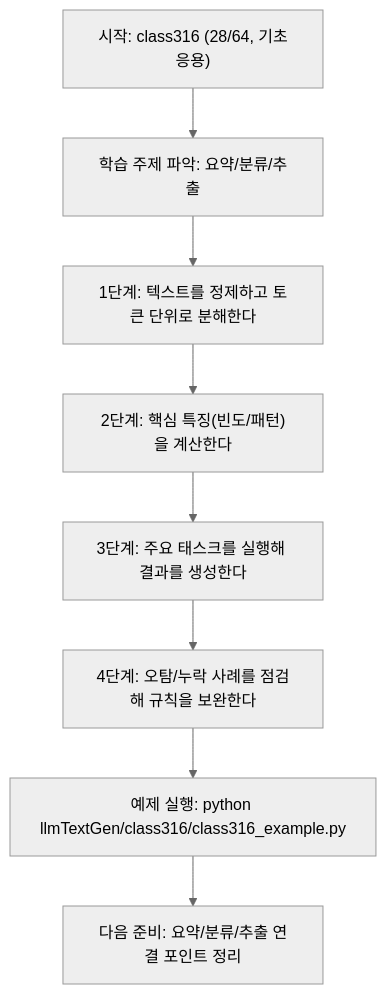
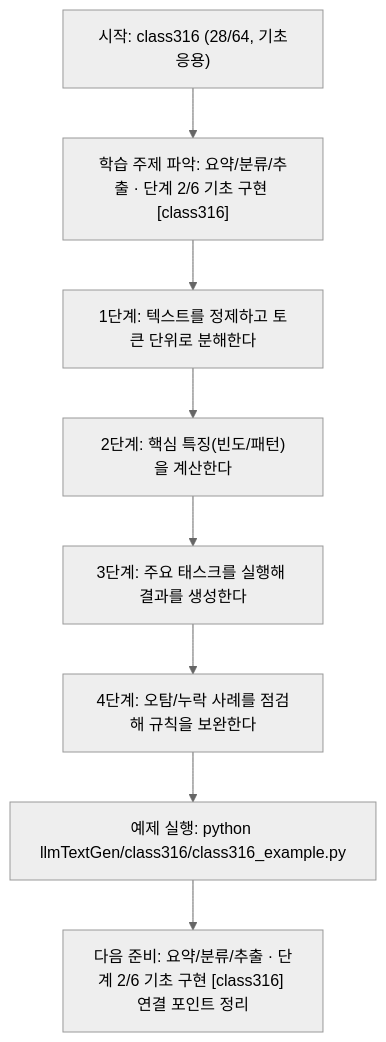
One commit to edumgt/Python-AI_Agent-Class changed the diagram in llmTextGen/class316/class316.md. Above: the diagram before and after it, drawn with Mermaid (neutral theme). The commit also changed other lines of this file and 522 other files, not shown here.

````diff
--- a/llmTextGen/class316/class316.md
+++ b/llmTextGen/class316/class316.md
@@ -113,18 +114,18 @@
 ```mermaid
 flowchart TD
 N1["시작: class316 (28/64, 기초응용)"]
-N2["학습 주제 파악: 요약/분류/추출"]
+N2["학습 주제 파악: 요약/분류/추출 · 단계 2/6 기초 구현 [class316]"]
 N3["1단계: 텍스트를 정제하고 토큰 단위로 분해한다"]
 N4["2단계: 핵심 특징(빈도/패턴)을 계산한다"]
 N5["3단계: 주요 태스크를 실행해 결과를 생성한다"]
 N6["4단계: 오탐/누락 사례를 점검해 규칙을 보완한다"]
 N7["예제 실행: python llmTextGen/class316/class316_example.py"]
-N8["다음 준비: 요약/분류/추출 연결 포인트 정리"]
+N8["다음 준비: 요약/분류/추출 · 단계 2/6 기초 구현 [class316] 연결 포인트 정리"]
 N1 --> N2
 N2 --> N3
 N3 --> N4
 N4 --> N5
 N5 --> N6
 N6 --> N7
 N7 --> N8
 ```
````
